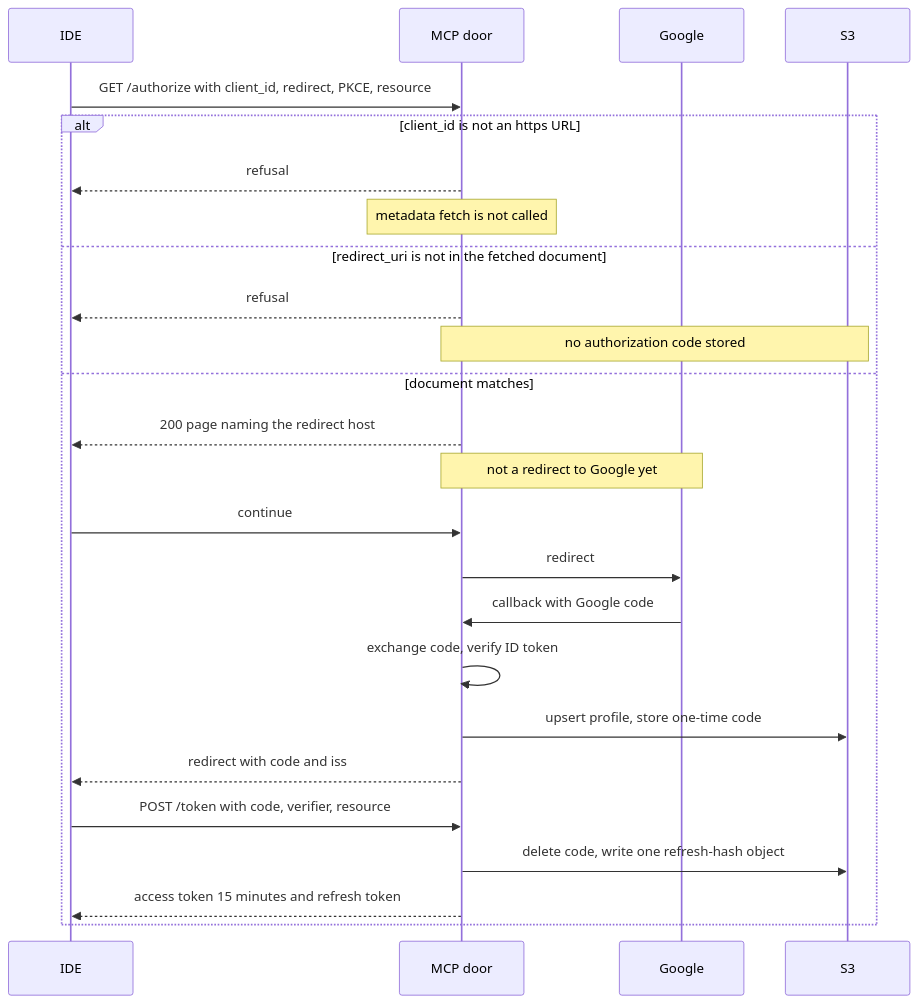
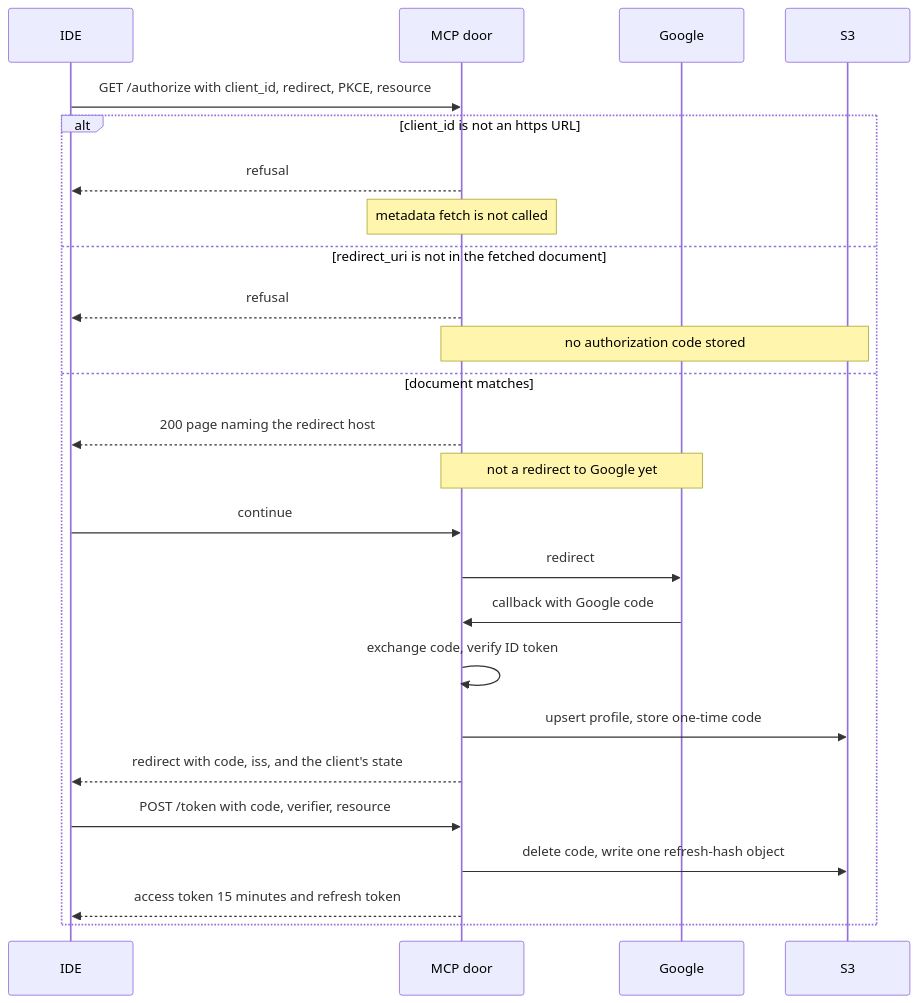
One commit to hochgi/conquarrow changed the second of 12 diagrams in docs/spec/remote-agent-mcp/SCENARIOS.md. Above: the diagram before and after it, drawn with Mermaid. The commit also changed 3 other files, not shown here.

````diff
--- a/docs/spec/remote-agent-mcp/SCENARIOS.md
+++ b/docs/spec/remote-agent-mcp/SCENARIOS.md
@@ -46,27 +46,27 @@
 ```mermaid
 sequenceDiagram
   participant IDE
   participant Mcp as MCP door
   participant Google
   participant S3
   IDE->>Mcp: GET /authorize with client_id, redirect, PKCE, resource
   alt client_id is not an https URL
     Mcp-->>IDE: refusal
     Note over Mcp: metadata fetch is not called
   else redirect_uri is not in the fetched document
     Mcp-->>IDE: refusal
     Note over Mcp,S3: no authorization code stored
   else document matches
     Mcp-->>IDE: 200 page naming the redirect host
     Note over Mcp,Google: not a redirect to Google yet
     IDE->>Mcp: continue
     Mcp->>Google: redirect
     Google->>Mcp: callback with Google code
     Mcp->>Mcp: exchange code, verify ID token
     Mcp->>S3: upsert profile, store one-time code
-    Mcp-->>IDE: redirect with code and iss
+    Mcp-->>IDE: redirect with code, iss, and the client's state
     IDE->>Mcp: POST /token with code, verifier, resource
     Mcp->>S3: delete code, write one refresh-hash object
     Mcp-->>IDE: access token 15 minutes and refresh token
   end
 ```
````
